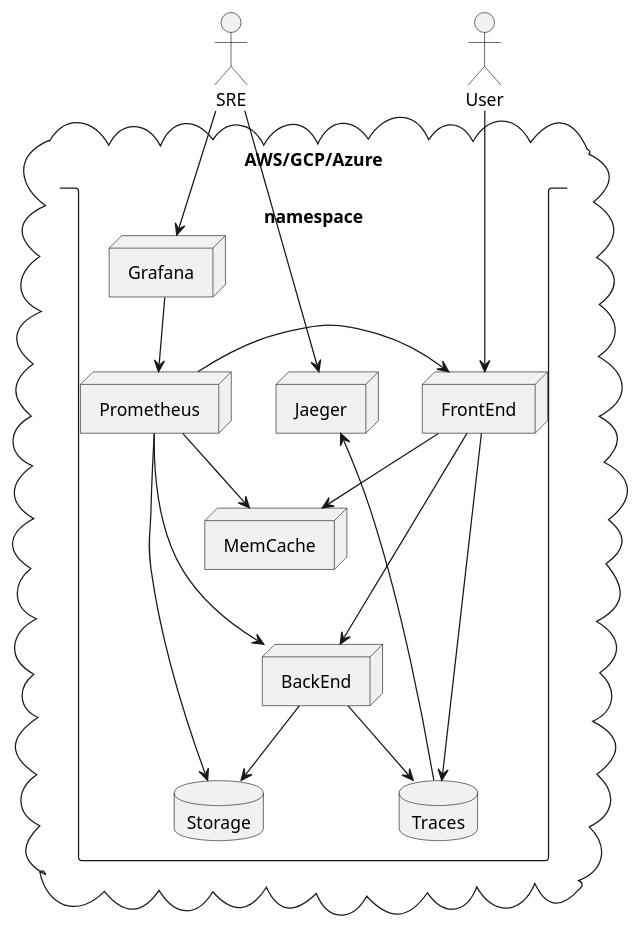
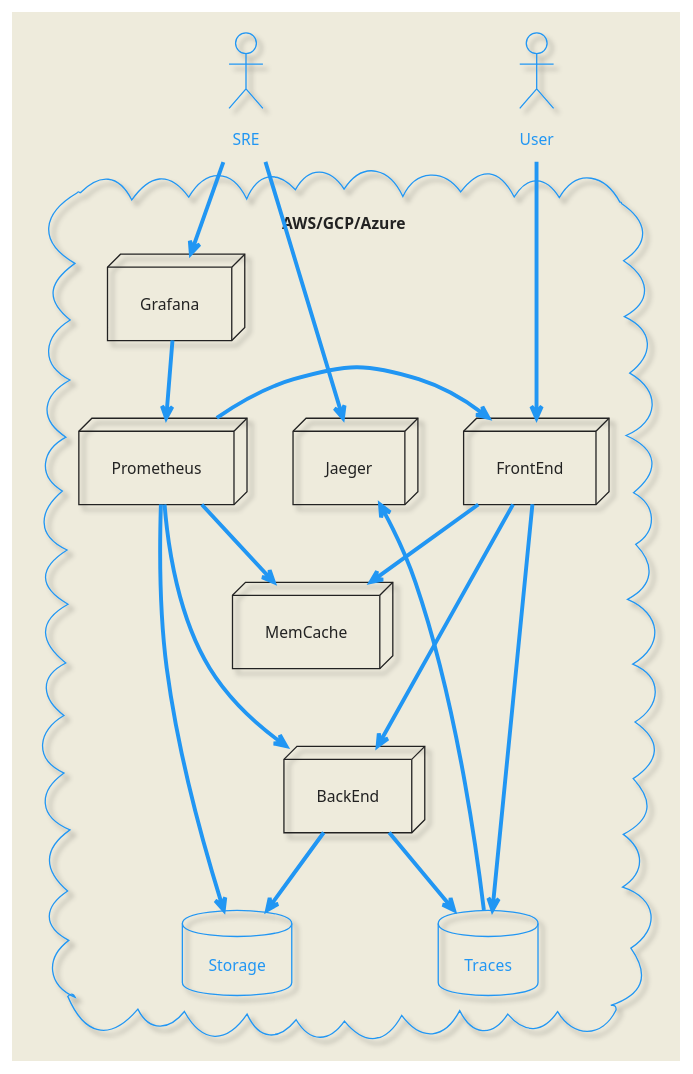
Before and after one commit to mikewyer/demo_stack: the diagram in arch.puml, drawn with PlantUML. The commit also changed 1 other file, not shown here.

Commit message:
Update arch diagram

```diff
--- a/arch.puml
+++ b/arch.puml
@@ -1,31 +1,32 @@
 @startuml System Architecture
 
+!theme materia-outline
+skinparam backgroundColor #EEEBDC
+
 cloud "AWS/GCP/Azure" as CLOUD {
-    stack namespace {
-        node Grafana
-        node Prometheus
-        node Jaeger
-        Grafana --> Prometheus
-        node FrontEnd
-        Prometheus -> FrontEnd
-        node MemCache
-        FrontEnd --> MemCache
-        Prometheus -> MemCache
-        node BackEnd
-        FrontEnd ---> BackEnd
-        Prometheus -> BackEnd
-        database Storage
-        Prometheus -> Storage
-        BackEnd --> Storage
-        database Traces
-        BackEnd --> Traces
-        FrontEnd ---> Traces
-        Jaeger <---- Traces
-    }
+    node Grafana
+    node Prometheus
+    node Jaeger
+    Grafana --> Prometheus
+    node FrontEnd
+    Prometheus -> FrontEnd
+    node MemCache
+    FrontEnd --> MemCache
+    Prometheus -> MemCache
+    node BackEnd
+    FrontEnd ---> BackEnd
+    Prometheus -> BackEnd
+    database Storage
+    Prometheus -> Storage
+    BackEnd --> Storage
+    database Traces
+    BackEnd --> Traces
+    FrontEnd ---> Traces
+    Jaeger <---- Traces
 }
 actor User
 User ---> FrontEnd
 actor SRE
 SRE --> Grafana
 SRE --> Jaeger
 @enduml
```
